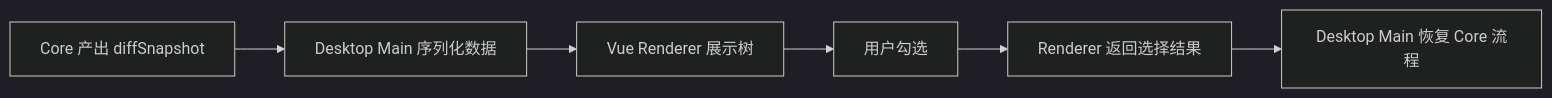
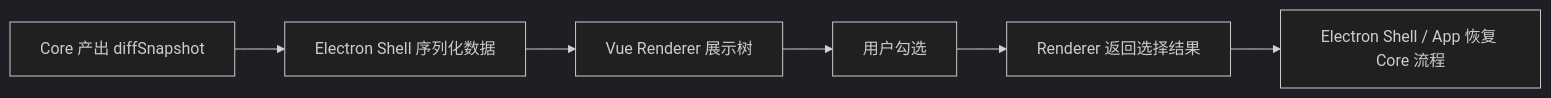
One commit to agalloch21/sync-with-rclone changed the sixth of 7 diagrams in docs/Flows.md. Above: the diagram before and after it, drawn with Mermaid (dark theme). The commit also changed other lines of this file and 20 other files, not shown here.

````diff
--- a/docs/Flows.md
+++ b/docs/Flows.md
@@ -181,8 +186,8 @@
 ```mermaid
 flowchart LR
-  A["Core 产出 diffSnapshot"] --> B["Desktop Main 序列化数据"]
+  A["Core 产出 diffSnapshot"] --> B["Electron Shell 序列化数据"]
   B --> C["Vue Renderer 展示树"]
   C --> D["用户勾选"]
   D --> E["Renderer 返回选择结果"]
-  E --> F["Desktop Main 恢复 Core 流程"]
+  E --> F["Electron Shell / App 恢复 Core 流程"]
 ```
````
